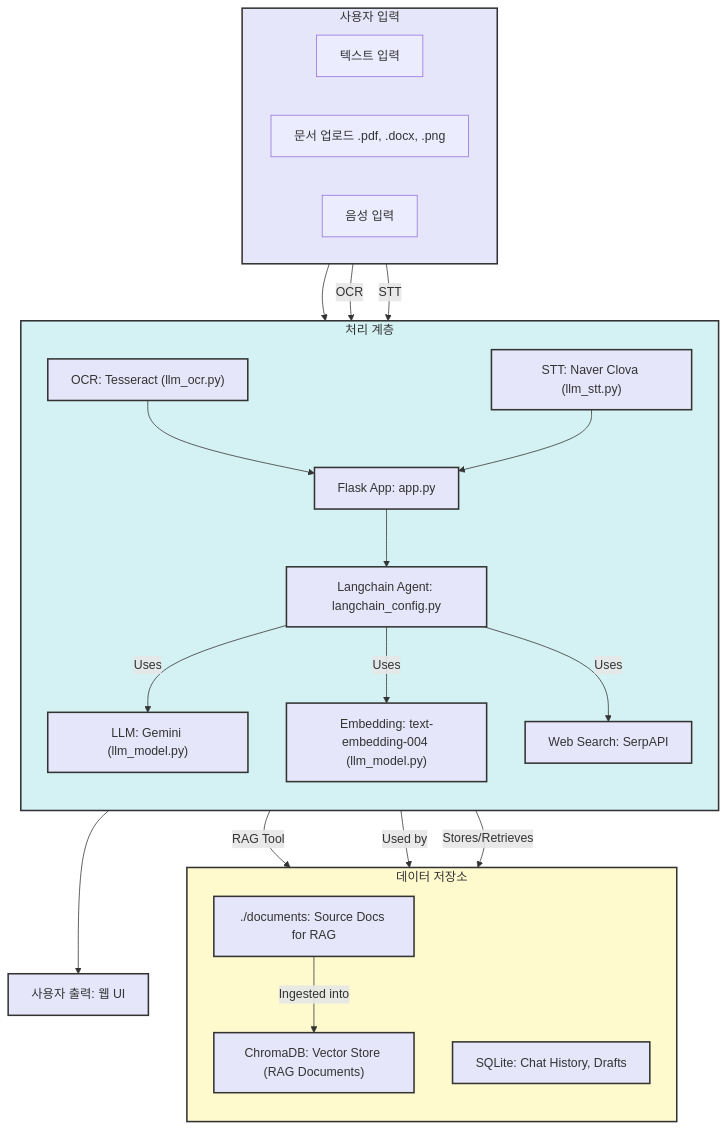
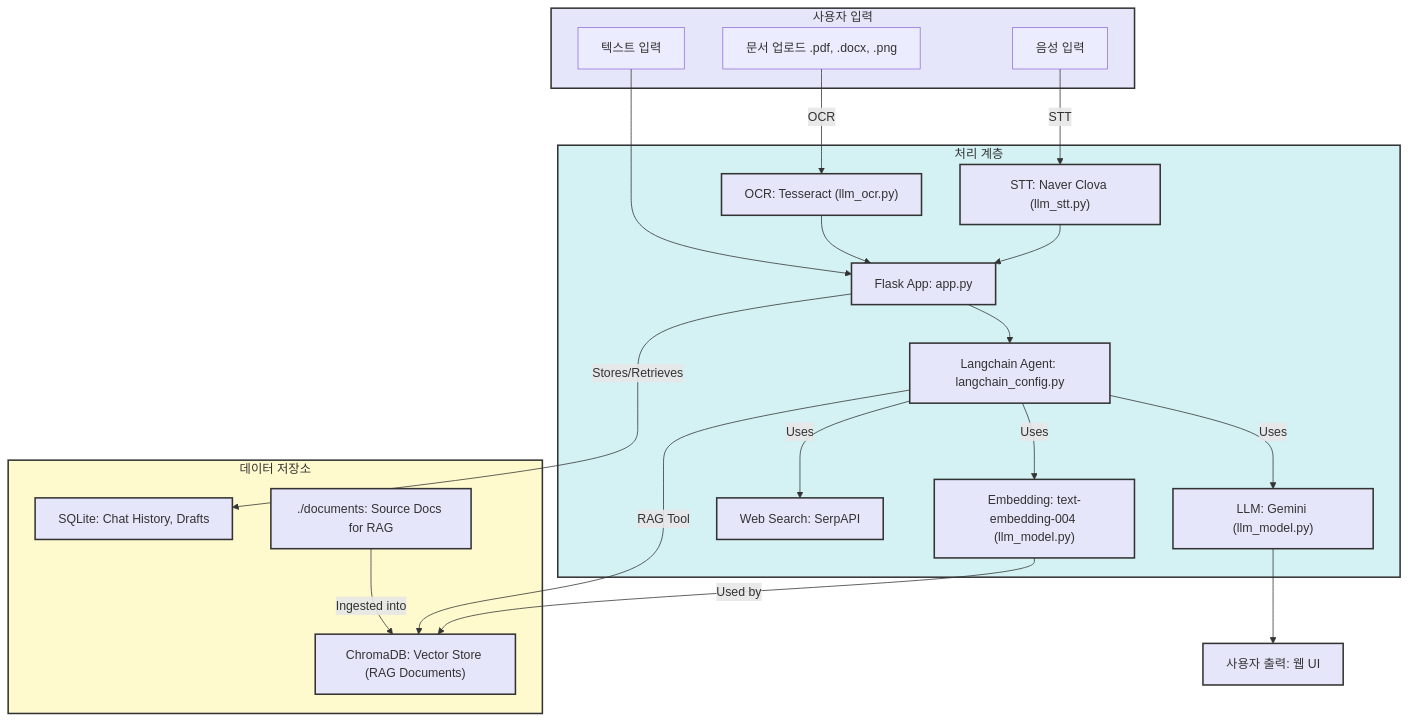
Before and after one commit to Fulish0707/LegalAssistant: the diagram in README.md, drawn with Mermaid.

````diff
--- a/README.md
+++ b/README.md
@@ -54,52 +54,49 @@
 ```mermaid
 graph TD
     subgraph UserInput["사용자 입력"]
-        direction LR
         UI_Text[텍스트 입력]
         UI_DocUpload[문서 업로드 .pdf, .docx, .png]
         UI_Audio[음성 입력]
     end
 
     subgraph Processing["처리 계층"]
-        direction TB
         P_Flask["Flask App: app.py"]
         P_Langchain["Langchain Agent: langchain_config.py"]
         P_LLM["LLM: Gemini (llm_model.py)"]
         P_Embed["Embedding: text-embedding-004 (llm_model.py)"]
         P_OCR["OCR: Tesseract (llm_ocr.py)"]
         P_STT["STT: Naver Clova (llm_stt.py)"]
         P_SerpAPI["Web Search: SerpAPI"]
     end
 
     subgraph DataStorage["데이터 저장소"]
-        direction TB
         DS_Chroma["ChromaDB: Vector Store (RAG Documents)"]
         DS_SQLite["SQLite: Chat History, Drafts"]
         DS_Docs["./documents: Source Docs for RAG"]
     end
 
     UI_Text --> P_Flask
     UI_DocUpload -- OCR --> P_OCR --> P_Flask
     UI_Audio -- STT --> P_STT --> P_Flask
 
     P_Flask --> P_Langchain
     P_Langchain -- Uses --> P_LLM
     P_Langchain -- Uses --> P_Embed
     P_Langchain -- Uses --> P_SerpAPI
     P_Langchain -- RAG Tool --> DS_Chroma
 
     DS_Docs -- Ingested into --> DS_Chroma
     P_Embed -- Used by --> DS_Chroma
 
     P_Flask -- Stores/Retrieves --> DS_SQLite
 
     P_LLM --> UserOutput["사용자 출력: 웹 UI"]
 
     classDef user fill:#E6E6FA,stroke:#333,stroke-width:2px;
     classDef processing fill:#D4F1F4,stroke:#333,stroke-width:2px;
     classDef data fill:#FFFACD,stroke:#333,stroke-width:2px;
 
     class UserInput,P_Flask,P_Langchain,P_LLM,P_Embed,P_OCR,P_STT,P_SerpAPI,DS_Chroma,DS_SQLite,DS_Docs,UserOutput user
     class Processing processing
     class DataStorage data
 ```
````
